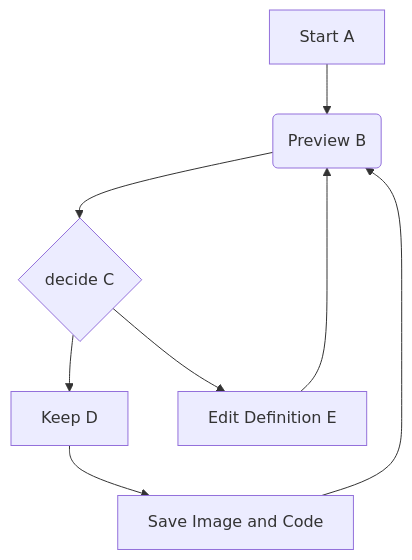
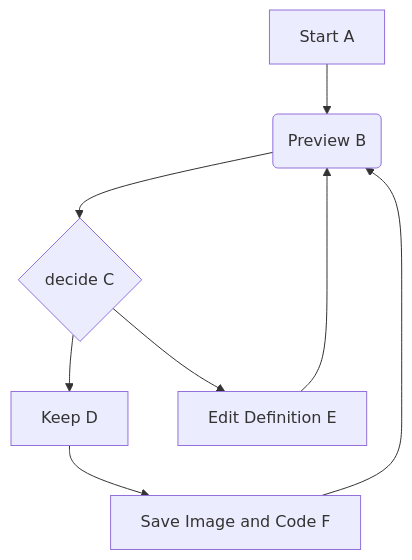
The diagram in ConAppCommandPattern/Diagram/SimpleDiagram.mmd (kriss3/dotNetPlaygound), drawn with Mermaid before and after one commit. The commit also changed other lines of this file, not shown here.

Commit message:
kata: attempt to put multipe diagrms in one file;

```diff
--- a/ConAppCommandPattern/Diagram/SimpleDiagram.mmd
+++ b/ConAppCommandPattern/Diagram/SimpleDiagram.mmd
@@ -1,8 +1,8 @@
 graph TD
     A[Start A] --> B(Preview B)
     B --> C{decide C}
     C --> D[Keep D]
     C --> E[Edit Definition E]
     E --> B
-    D --> F[Save Image and Code]
+    D --> F[Save Image and Code F]
     F --> B
```
